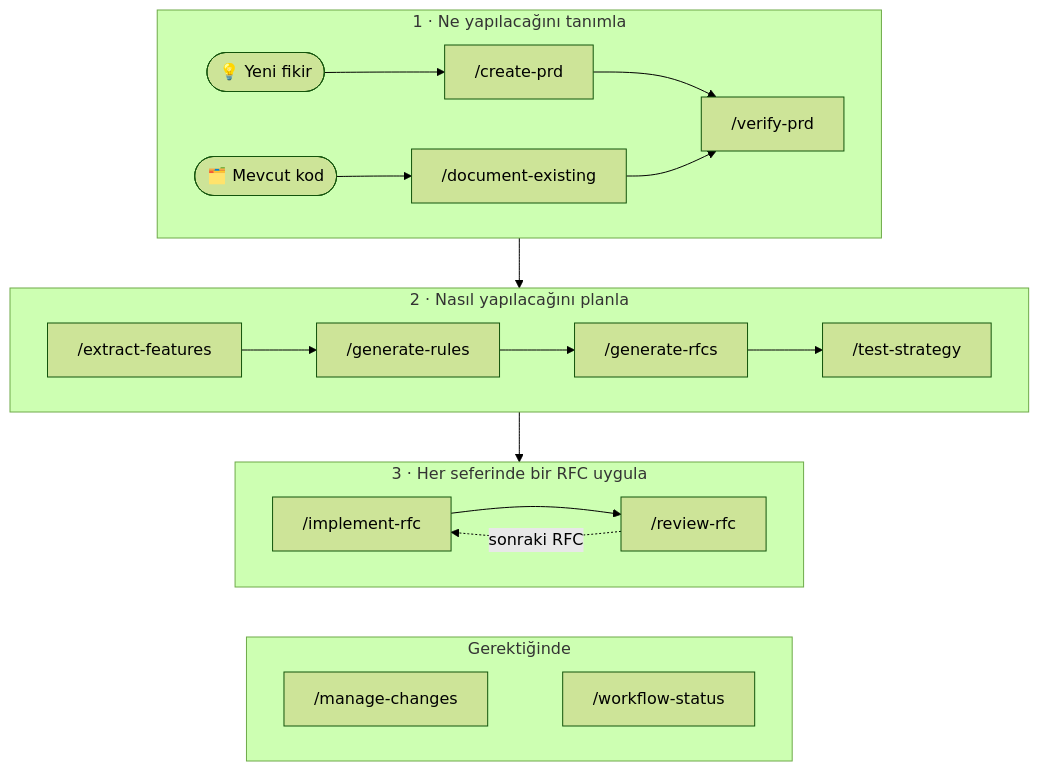
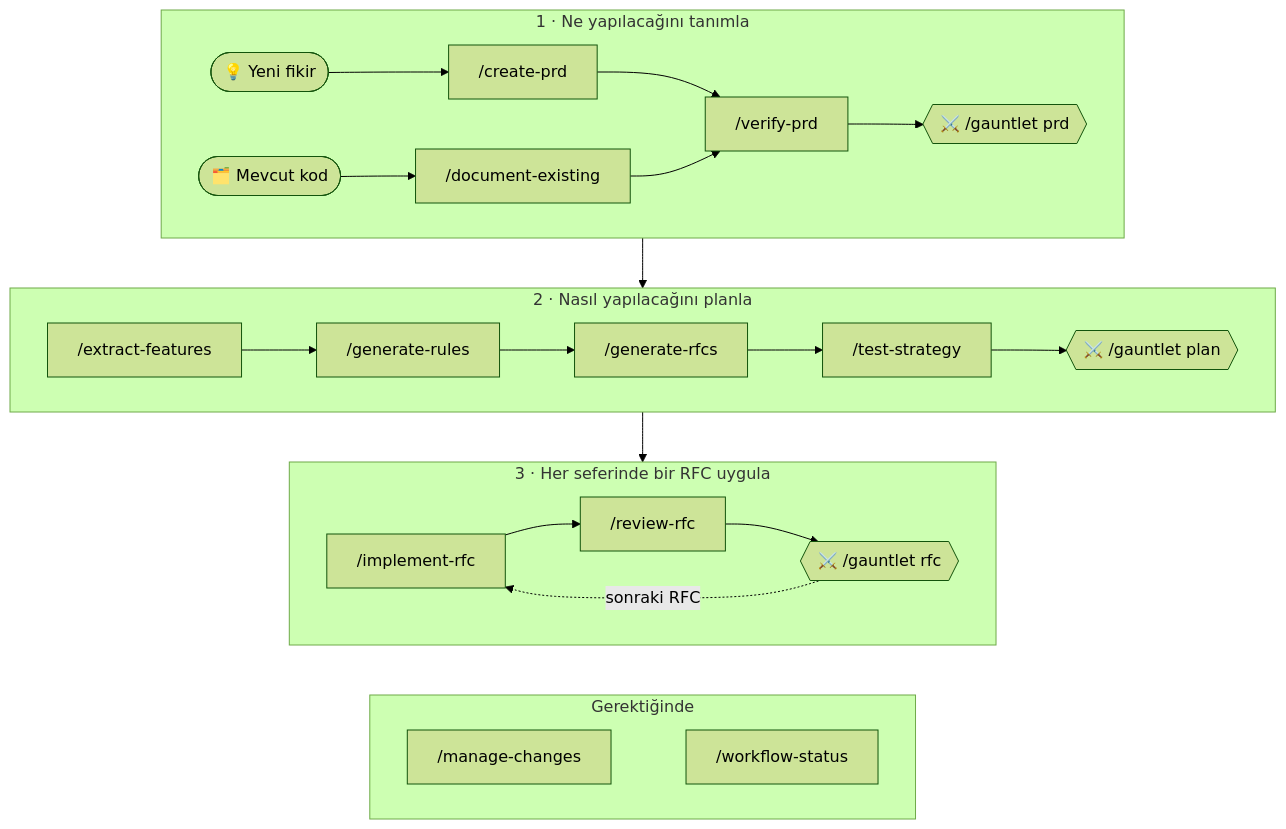
Before and after one commit to nurettincoban/ai-prd-workflow: the diagram in README.tr.md, drawn with Mermaid (forest theme). The commit also changed other lines of this file and 33 other files, not shown here.

````diff
--- a/README.tr.md
+++ b/README.tr.md
@@ -86,23 +91,24 @@
 ```mermaid
 flowchart TB
     subgraph define ["1 · Ne yapılacağını tanımla"]
         direction LR
         idea([💡 Yeni fikir]) --> create["/create-prd"] --> verify["/verify-prd"]
         code([🗂️ Mevcut kod]) --> document["/document-existing"] --> verify
+        verify --> g1{{"⚔️ /gauntlet prd"}}
     end
     subgraph plan ["2 · Nasıl yapılacağını planla"]
         direction LR
-        features["/extract-features"] --> rules["/generate-rules"] --> rfcs["/generate-rfcs"] --> tests["/test-strategy"]
+        features["/extract-features"] --> rules["/generate-rules"] --> rfcs["/generate-rfcs"] --> tests["/test-strategy"] --> g2{{"⚔️ /gauntlet plan"}}
     end
     subgraph build ["3 · Her seferinde bir RFC uygula"]
         direction LR
-        implement["/implement-rfc"] --> review["/review-rfc"]
-        review -.->|sonraki RFC| implement
+        implement["/implement-rfc"] --> review["/review-rfc"] --> g3{{"⚔️ /gauntlet rfc"}}
+        g3 -.->|sonraki RFC| implement
     end
     subgraph anytime ["Gerektiğinde"]
         direction LR
         changes["/manage-changes"] ~~~ status["/workflow-status"]
     end
     define --> plan --> build
     build ~~~ anytime
 ```
````
